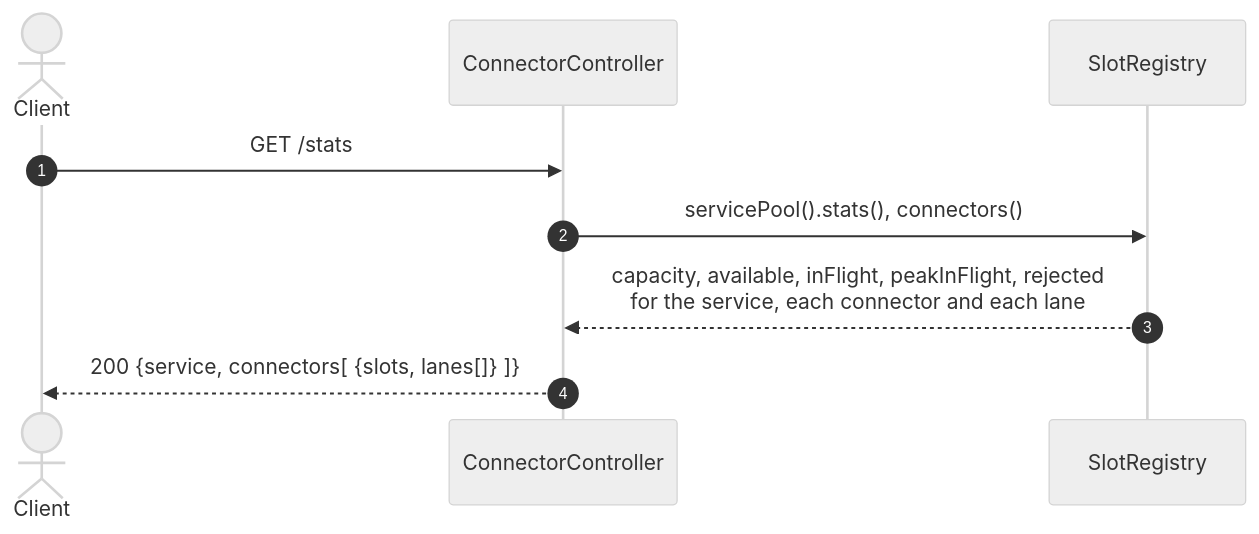
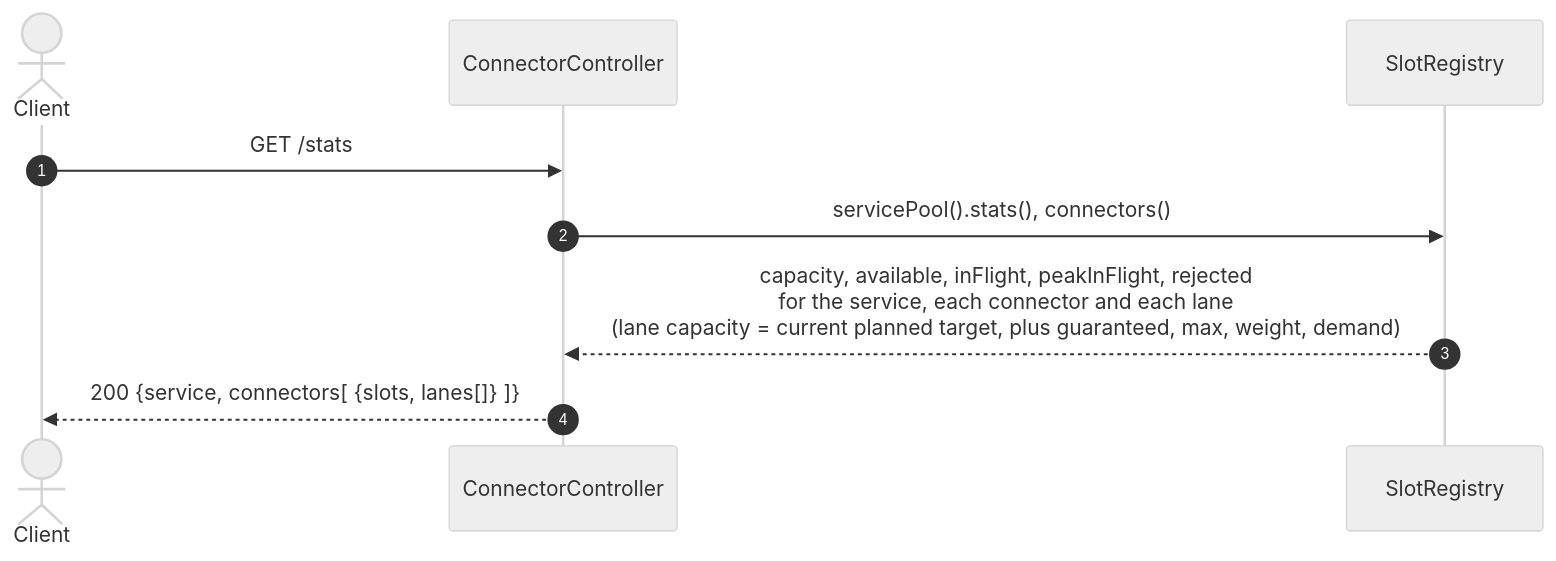
The sixth of 6 diagrams in docs/sequence-diagram.md (aysinghravi/Scalability-lane-slot-manager), drawn with Mermaid before and after one commit. The commit also changed other lines of this file and 22 other files, not shown here.

````diff
--- a/docs/sequence-diagram.md
+++ b/docs/sequence-diagram.md
@@ -133,13 +174,13 @@
 ```mermaid
 %%{init: {'theme':'neutral', 'themeVariables': {'fontSize':'18px'}}}%%
 sequenceDiagram
     autonumber
     actor Client
     participant CC as ConnectorController
     participant Reg as SlotRegistry
 
     Client->>CC: GET /stats
     CC->>Reg: servicePool().stats(), connectors()
-    Reg-->>CC: capacity, available, inFlight, peakInFlight, rejected<br/>for the service, each connector and each lane
+    Reg-->>CC: capacity, available, inFlight, peakInFlight, rejected<br/>for the service, each connector and each lane<br/>(lane capacity = current planned target, plus guaranteed, max, weight, demand)
     CC-->>Client: 200 {service, connectors[ {slots, lanes[]} ]}
 ```
````
